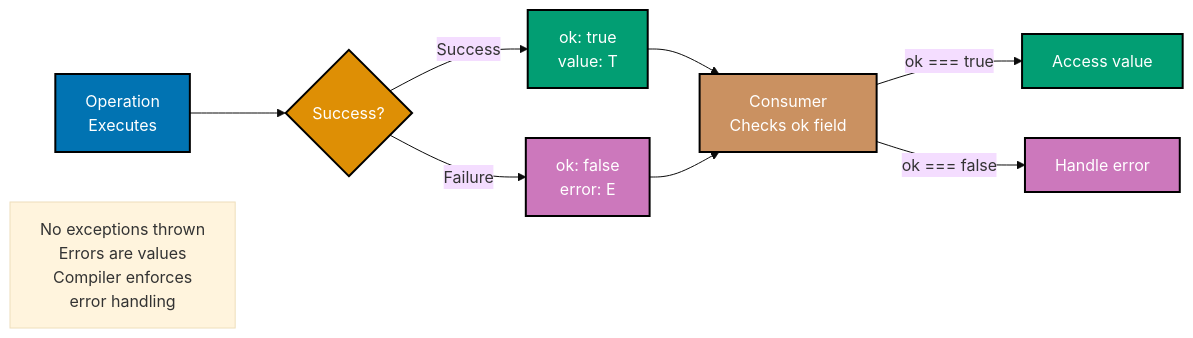
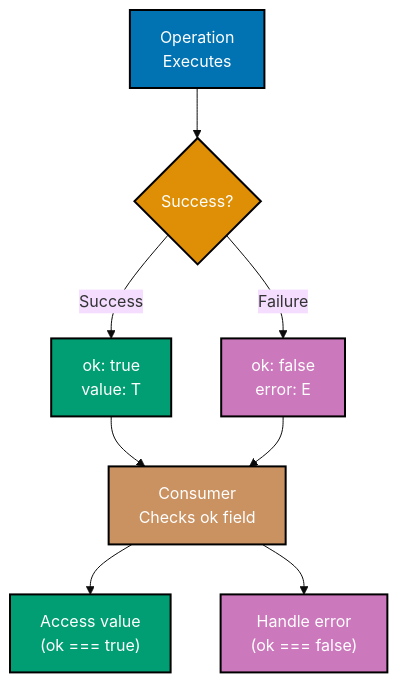
One commit to wahidyankf/ose-primer changed the second of 5 diagrams in docs/explanation/software-engineering/programming-languages/typescript/error-handling.md. Above: the diagram before and after it, drawn with Mermaid (base theme). The commit also changed 86 other files, not shown here.

````diff
--- a/docs/explanation/software-engineering/programming-languages/typescript/error-handling.md
+++ b/docs/explanation/software-engineering/programming-languages/typescript/error-handling.md
@@ -109,26 +109,25 @@
 ```mermaid
 %% Color Palette: Blue #0173B2, Orange #DE8F05, Teal #029E73, Purple #CC78BC, Brown #CA9161
-graph LR
+graph TD
     Operation["Operation<br/>Executes"]:::blue
     Check{"Success?"}:::orange
     OkResult["ok: true<br/>value: T"]:::teal
     ErrResult["ok: false<br/>error: E"]:::purple
     Consumer["Consumer<br/>Checks ok field"]:::brown
+    Success["Access value<br/>#40;ok === true#41;"]:::teal
+    Failure["Handle error<br/>#40;ok === false#41;"]:::purple
 
     Operation --> Check
     Check -->|Success| OkResult
     Check -->|Failure| ErrResult
     OkResult --> Consumer
     ErrResult --> Consumer
-
-    Consumer -->|ok === true| Success["Access value"]:::teal
-    Consumer -->|ok === false| Failure["Handle error"]:::purple
-
-    Note1["No exceptions thrown<br/>Errors are values<br/>Compiler enforces<br/>error handling"]
+    Consumer --> Success
+    Consumer --> Failure
 
     classDef blue fill:#0173B2,stroke:#000000,color:#FFFFFF,stroke-width:2px
     classDef orange fill:#DE8F05,stroke:#000000,color:#FFFFFF,stroke-width:2px
     classDef teal fill:#029E73,stroke:#000000,color:#FFFFFF,stroke-width:2px
     classDef purple fill:#CC78BC,stroke:#000000,color:#FFFFFF,stroke-width:2px
     classDef brown fill:#CA9161,stroke:#000000,color:#FFFFFF,stroke-width:2px
 ```
````
